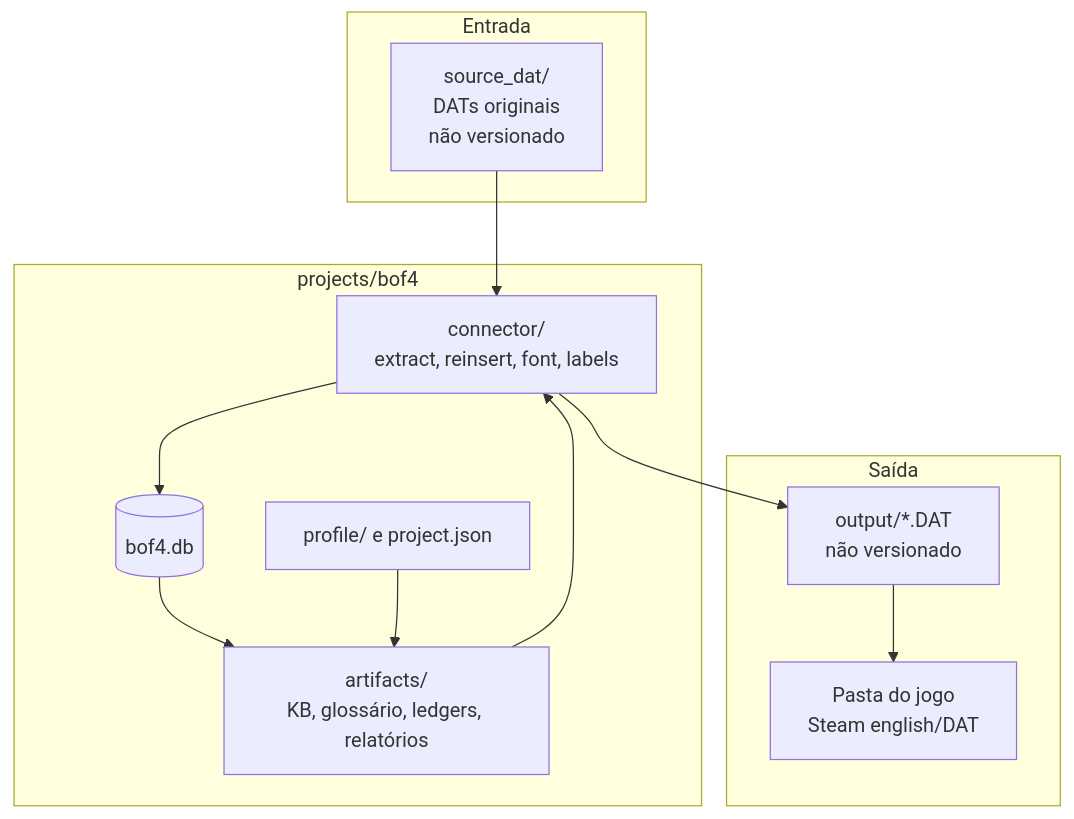
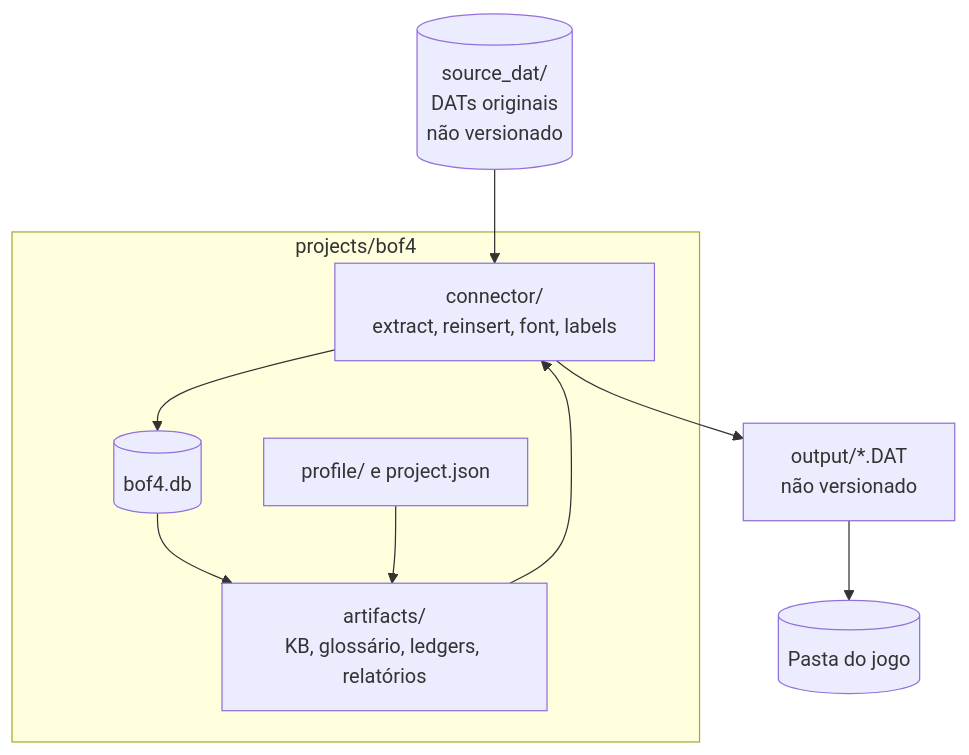
The second of 3 diagrams in projects/bof4/README.md (scudellerlemos/translation-cognition-framework), drawn with Mermaid before and after one commit. The commit also changed other lines of this file and 8 other files, not shown here.

Commit message:
docs(readme): reescreve os 9 READMEs com C4 em mermaid

````diff
--- a/projects/bof4/README.md
+++ b/projects/bof4/README.md
@@ -36,20 +32,16 @@
 ```mermaid
 flowchart TB
-    subgraph Entrada
-        S[source_dat/<br/>DATs originais<br/>não versionado]
-    end
-    subgraph Projeto["projects/bof4"]
-        C[connector/<br/>extract, reinsert, font, labels]
-        DB[(bof4.db)]
-        A[artifacts/<br/>KB, glossário, ledgers, relatórios]
-        PR[profile/ e project.json]
-    end
-    subgraph Saída
-        O[output/*.DAT<br/>não versionado]
-        G[Pasta do jogo<br/>Steam english/DAT]
-    end
-    S --> C --> DB --> A
-    PR --> A
-    A --> C
-    C --> O --> G
+  S[("source_dat/<br/>DATs originais<br/>não versionado")]
+  subgraph Projeto["projects/bof4"]
+    C["connector/<br/>extract, reinsert, font, labels"]
+    DB[("bof4.db")]
+    A["artifacts/<br/>KB, glossário, ledgers, relatórios"]
+    PR["profile/ e project.json"]
+  end
+  O["output/*.DAT<br/>não versionado"]
+  G[("Pasta do jogo")]
+  S --> C --> DB --> A
+  PR --> A
+  A --> C
+  C --> O --> G
 ```
````
